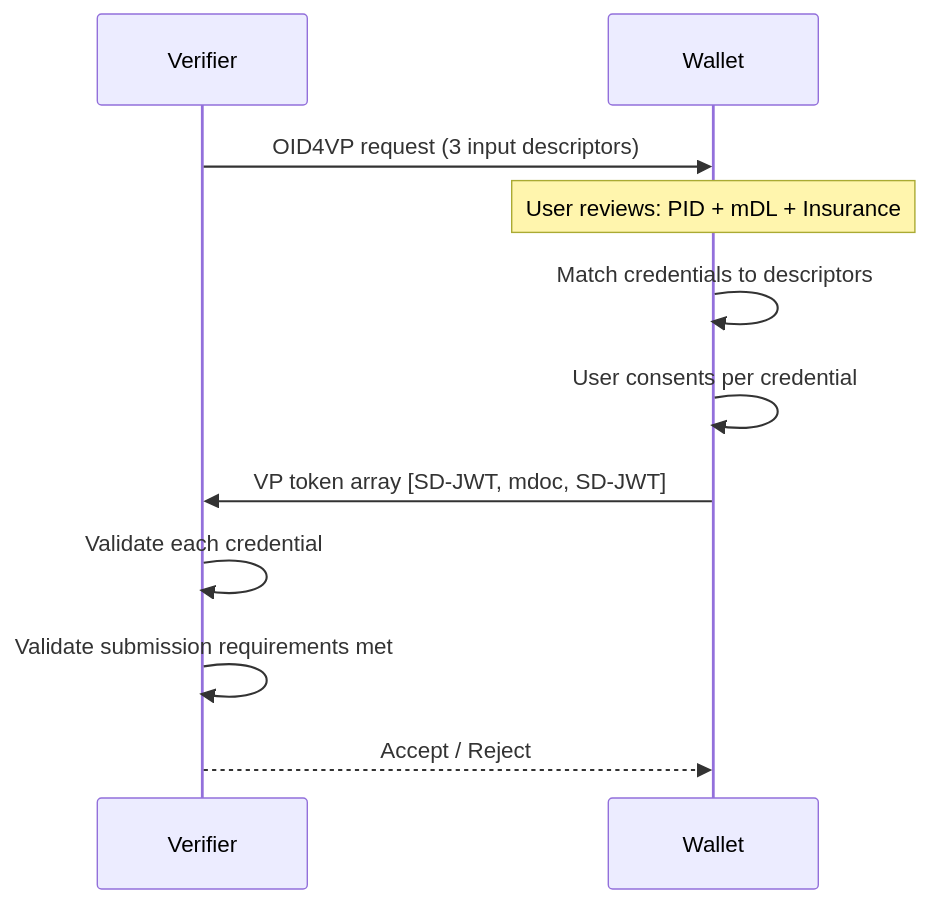
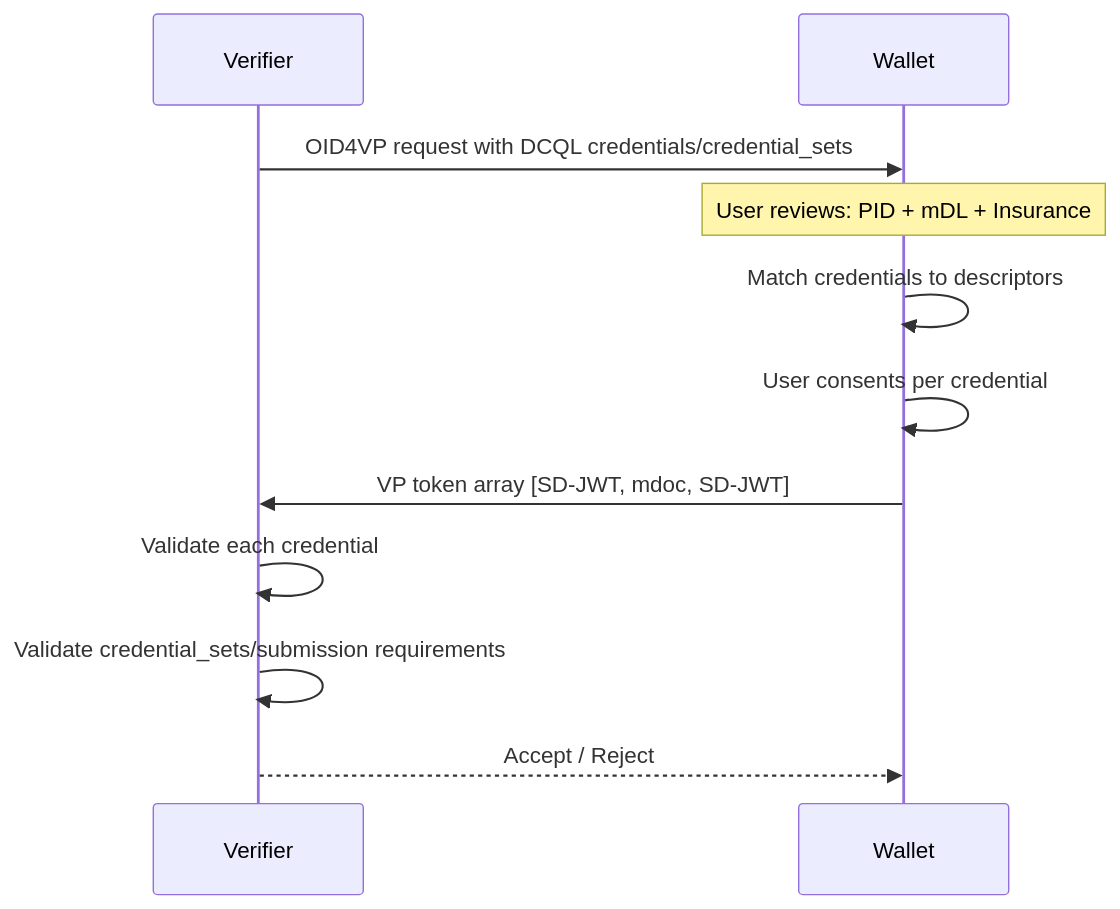
The second of 2 diagrams in docs/proposals/bundles-batch-credentials.md (openwallet-foundation-labs/sd-jwt-dotnet), drawn with Mermaid before and after one commit. The commit also changed other lines of this file and 6 other files, not shown here.

````diff
--- a/docs/proposals/bundles-batch-credentials.md
+++ b/docs/proposals/bundles-batch-credentials.md
@@ -107,14 +125,14 @@
 ```mermaid
 sequenceDiagram
     participant Verifier
     participant Wallet
 
-    Verifier->>Wallet: OID4VP request (3 input descriptors)
+    Verifier->>Wallet: OID4VP request with DCQL credentials/credential_sets
     Note over Wallet: User reviews: PID + mDL + Insurance
     Wallet->>Wallet: Match credentials to descriptors
     Wallet->>Wallet: User consents per credential
     Wallet->>Verifier: VP token array [SD-JWT, mdoc, SD-JWT]
     Verifier->>Verifier: Validate each credential
-    Verifier->>Verifier: Validate submission requirements met
+    Verifier->>Verifier: Validate credential_sets/submission requirements
     Verifier-->>Wallet: Accept / Reject
 ```
````
